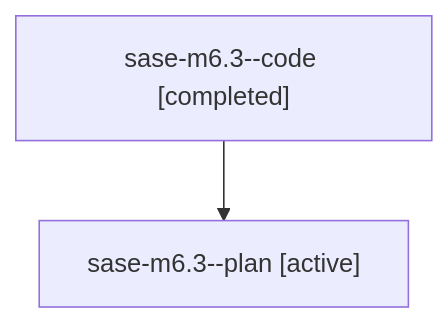
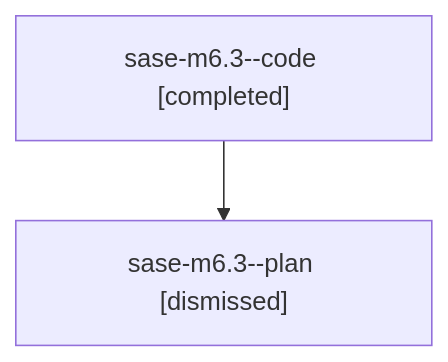
The diagram in sessions/bbugyi200.athena.sase-m6.3.md (sase-org/sase--agents), drawn with Mermaid before and after one commit. The commit also changed other lines of this file and 187 other files, not shown here.

````diff
--- a/sessions/bbugyi200.athena.sase-m6.3.md
+++ b/sessions/bbugyi200.athena.sase-m6.3.md
@@ -9,6 +9,6 @@
 ```mermaid
 flowchart TD
   n0["sase-m6.3--code [completed]"]
-  n1["sase-m6.3--plan [active]"]
+  n1["sase-m6.3--plan [dismissed]"]
   n0 --> n1
 ```
````
